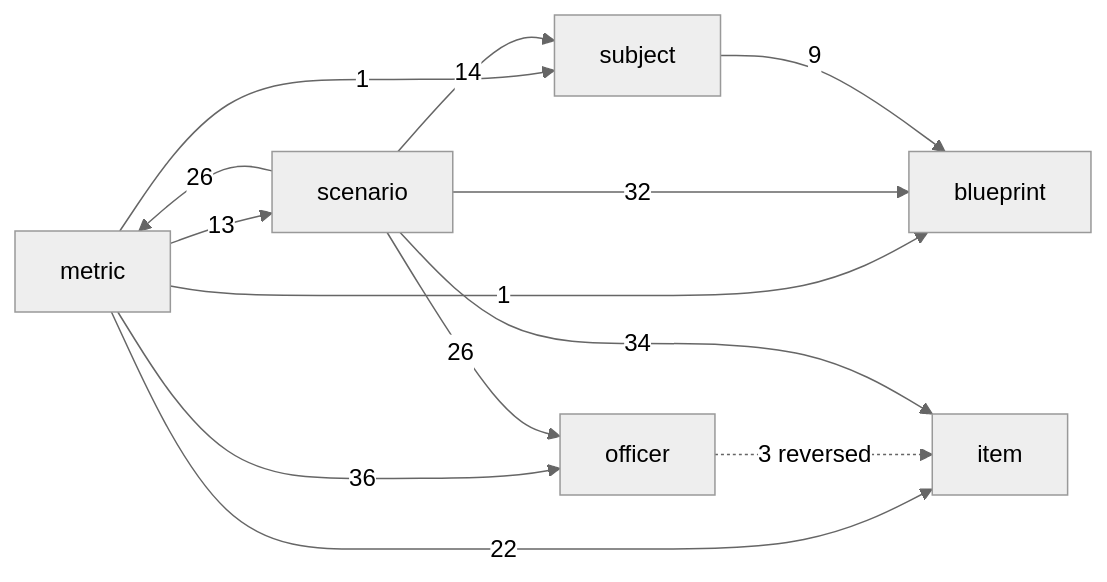
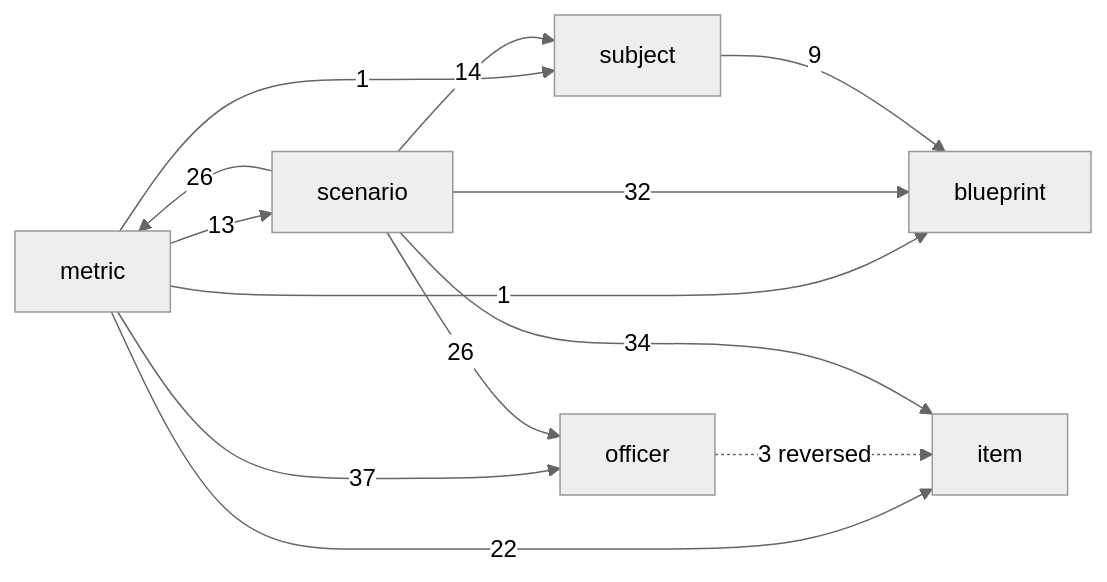
One commit to geraldmaron/tactically-idle changed the diagram in docs/architecture.md. Above: the diagram before and after it, drawn with Mermaid (neutral theme). The commit also changed other lines of this file and 9 other files, not shown here.

````diff
--- a/docs/architecture.md
+++ b/docs/architecture.md
@@ -39,15 +39,15 @@
 ```mermaid
 flowchart LR
   metric -->|1| blueprint
   metric -->|22| item
-  metric -->|36| officer
+  metric -->|37| officer
   metric -->|13| scenario
   metric -->|1| subject
   officer -.->|3 reversed| item
   scenario -->|32| blueprint
   scenario -->|34| item
   scenario -->|26| metric
   scenario -->|26| officer
   scenario -->|14| subject
   subject -->|9| blueprint
 ```
````
